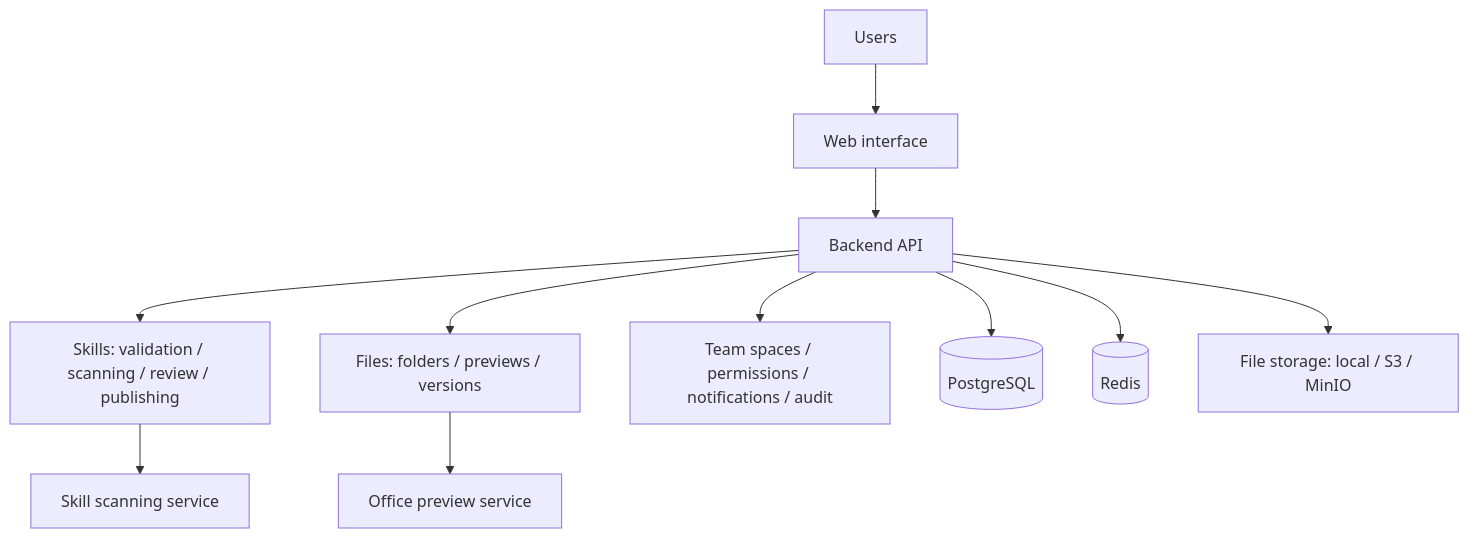
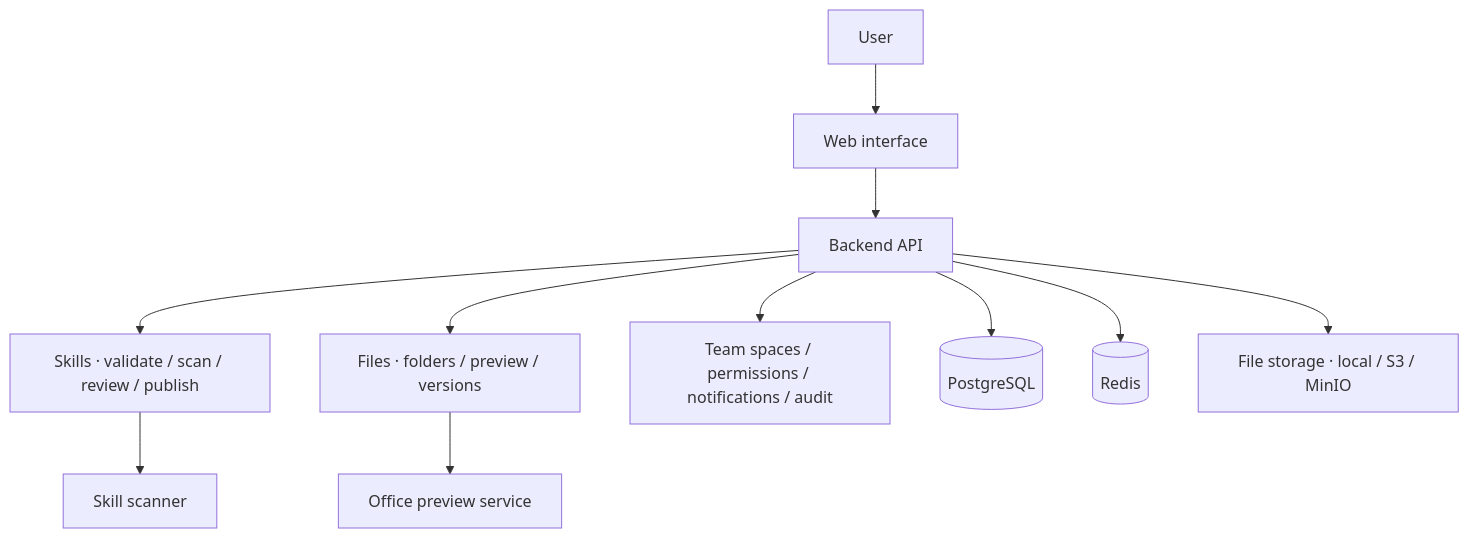
The second of 2 diagrams in README.en.md (kun001/skillhive), drawn with Mermaid before and after one commit. The commit also changed other lines of this file and 1 other file, not shown here.

First line of the commit message:
docs(readme): lead with SkillHive's advantages and show them at a glance

````diff
--- a/README.en.md
+++ b/README.en.md
@@ -159,13 +210,13 @@
 ```mermaid
 flowchart TB
-    User[Users] --> Web[Web interface]
+    User[User] --> Web[Web interface]
     Web --> API[Backend API]
-    API --> Skill[Skills: validation / scanning / review / publishing]
-    API --> Knowledge[Files: folders / previews / versions]
+    API --> Skill[Skills · validate / scan / review / publish]
+    API --> Knowledge[Files · folders / preview / versions]
     API --> Governance[Team spaces / permissions / notifications / audit]
-    Skill --> Scanner[Skill scanning service]
+    Skill --> Scanner[Skill scanner]
     Knowledge --> Preview[Office preview service]
     API --> DB[(PostgreSQL)]
     API --> Redis[(Redis)]
-    API --> Storage[File storage: local / S3 / MinIO]
+    API --> Storage[File storage · local / S3 / MinIO]
 ```
````
